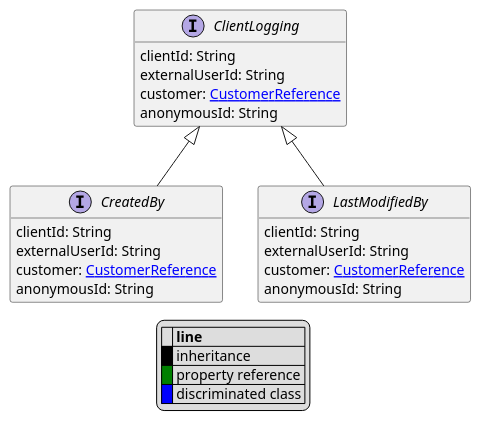
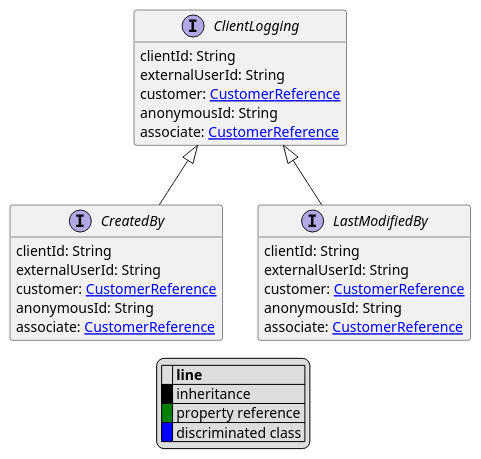
One commit to commercetools/commercetools-api-reference changed the diagram in uml/api/ClientLogging.puml. Above: the diagram before and after it, drawn with PlantUML. The commit also changed 8 other files, not shown here.

```diff
--- a/uml/api/ClientLogging.puml
+++ b/uml/api/ClientLogging.puml
@@ -1,34 +1,37 @@
 @startuml
 
 hide empty fields
 hide empty methods
 legend
 |= |= line |
 |<back:black>   </back>| inheritance |
 |<back:green>   </back>| property reference |
 |<back:blue>   </back>| discriminated class |
 endlegend
 interface ClientLogging [[ClientLogging.svg]]  {
     clientId: String
     externalUserId: String
     customer: [[CustomerReference.svg CustomerReference]]
     anonymousId: String
+    associate: [[CustomerReference.svg CustomerReference]]
 }
 
 interface CreatedBy [[CreatedBy.svg]] extends ClientLogging {
     clientId: String
     externalUserId: String
     customer: [[CustomerReference.svg CustomerReference]]
     anonymousId: String
+    associate: [[CustomerReference.svg CustomerReference]]
 }
 interface LastModifiedBy [[LastModifiedBy.svg]] extends ClientLogging {
     clientId: String
     externalUserId: String
     customer: [[CustomerReference.svg CustomerReference]]
     anonymousId: String
+    associate: [[CustomerReference.svg CustomerReference]]
 }
 
 
 
 
 @enduml
```
